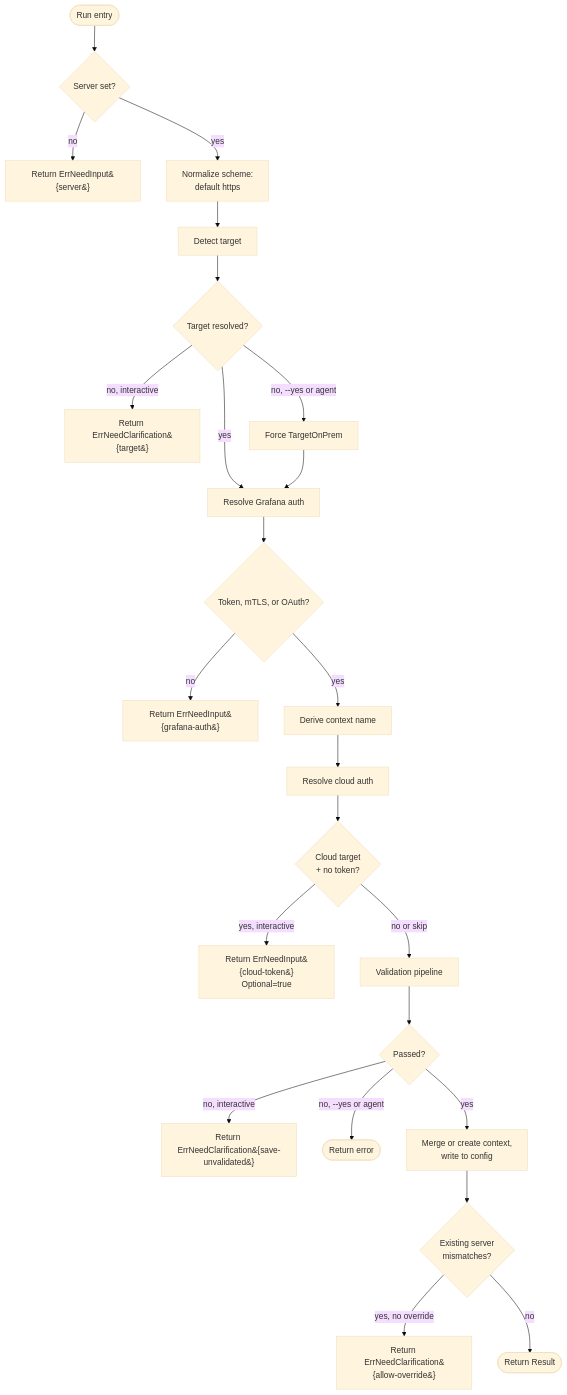
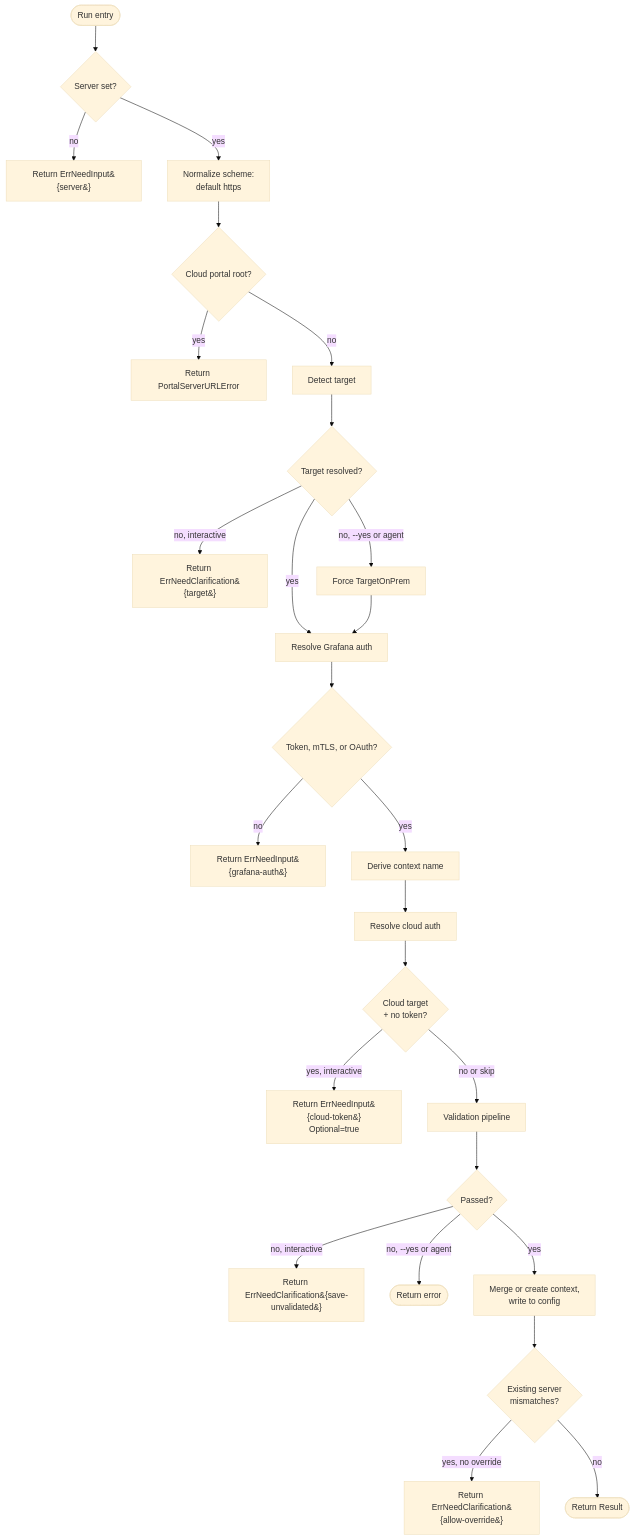
The third of 4 diagrams in docs/architecture/login-system.md (grafana/gcx), drawn with Mermaid (base theme) before and after one commit. The commit also changed other lines of this file and 14 other files, not shown here.

````diff
--- a/docs/architecture/login-system.md
+++ b/docs/architecture/login-system.md
@@ -121,26 +121,28 @@
 ```mermaid
 flowchart TD
     Start([Run entry]) --> Server{Server set?}
     Server -->|no| SrvSentinel[Return ErrNeedInput&#123;server&#125;]
     Server -->|yes| Scheme[Normalize scheme:<br/>default https]
-    Scheme --> Detect[Detect target]
+    Scheme --> Portal{Cloud portal root?}
+    Portal -->|yes| PortalError[Return PortalServerURLError]
+    Portal -->|no| Detect[Detect target]
     Detect --> TgtKnown{Target resolved?}
     TgtKnown -->|no, interactive| TgtSentinel[Return ErrNeedClarification&#123;target&#125;]
     TgtKnown -->|no, --yes or agent| TgtOnPrem[Force TargetOnPrem]
     TgtKnown -->|yes| Auth[Resolve Grafana auth]
     TgtOnPrem --> Auth
     Auth --> AuthHave{Token, mTLS, or OAuth?}
     AuthHave -->|no| AuthSentinel[Return ErrNeedInput&#123;grafana-auth&#125;]
     AuthHave -->|yes| Ctx[Derive context name]
     Ctx --> Cloud[Resolve cloud auth]
     Cloud --> CloudNeeded{Cloud target<br/>+ no token?}
     CloudNeeded -->|yes, interactive| CloudSentinel[Return ErrNeedInput&#123;cloud-token&#125;<br/>Optional=true]
     CloudNeeded -->|no or skip| Validate[Validation pipeline]
     Validate --> ValOK{Passed?}
     ValOK -->|no, interactive| ForceSentinel[Return ErrNeedClarification&#123;save-unvalidated&#125;]
     ValOK -->|no, --yes or agent| Fail([Return error])
     ValOK -->|yes| Persist[Merge or create context,<br/>write to config]
     Persist --> Mismatch{Existing server<br/>mismatches?}
     Mismatch -->|yes, no override| OverSentinel[Return ErrNeedClarification&#123;allow-override&#125;]
     Mismatch -->|no| Result([Return Result])
 ```
````
